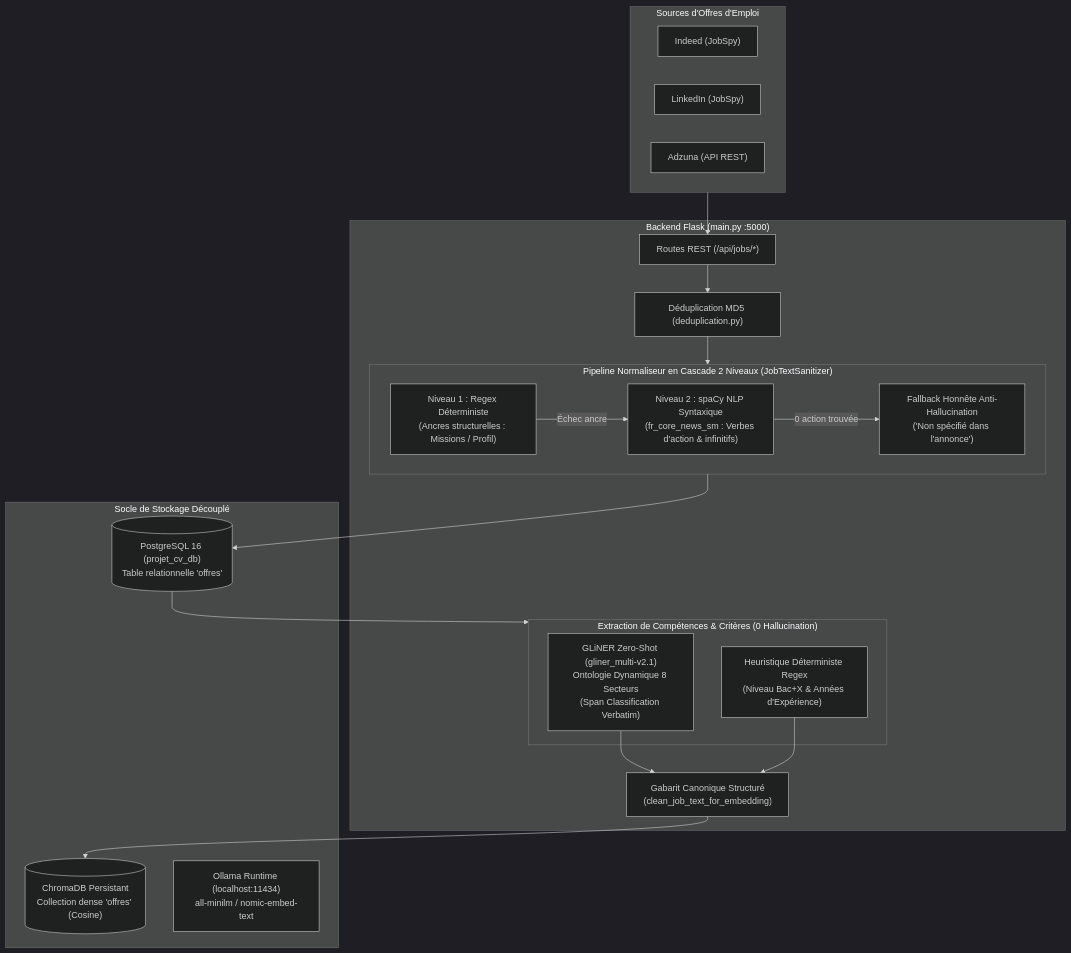
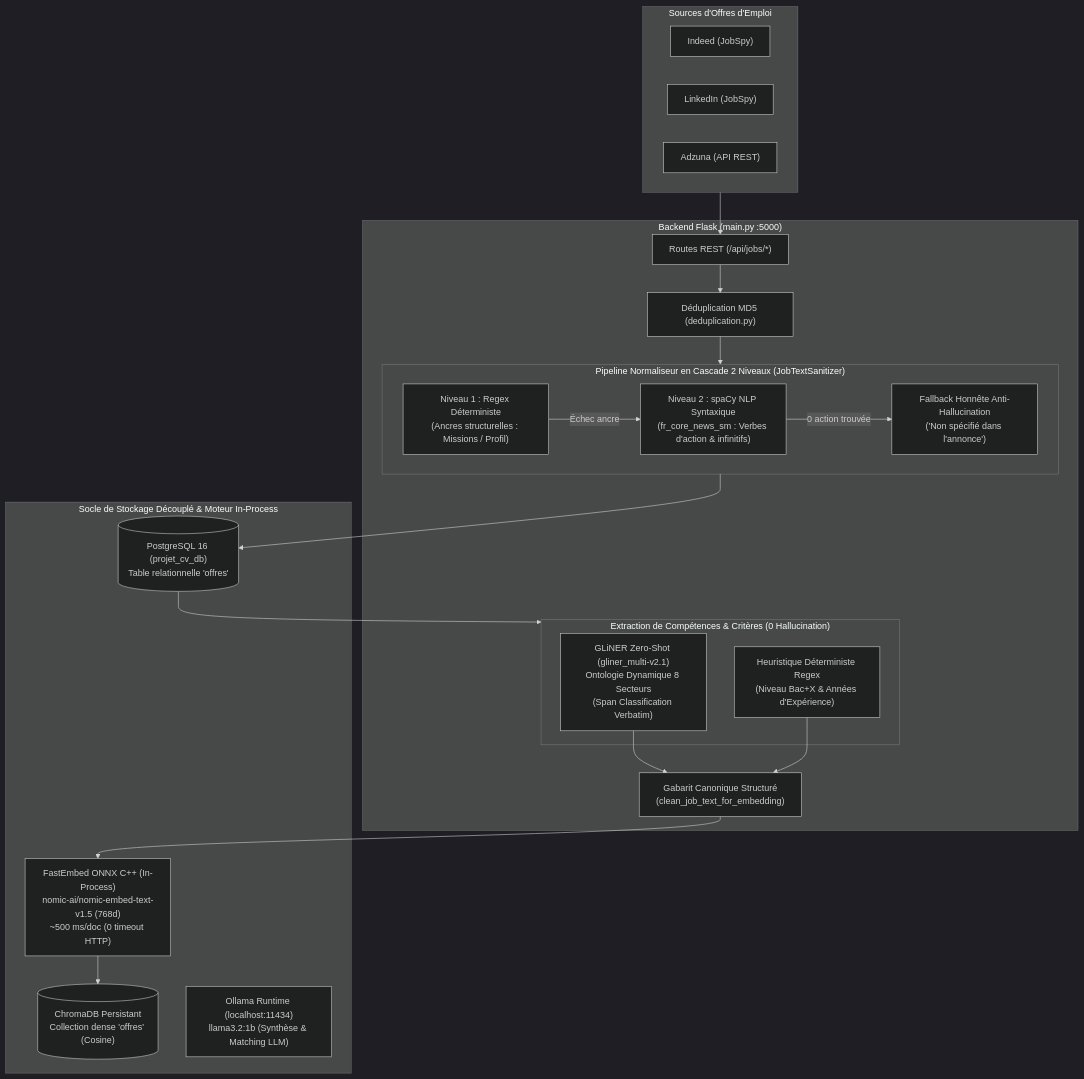
The diagram in README.md (an-Steve/Recommandation-automatis-e-d-offres-d-emploi-par-analyse-s-mantique-de-CV-), drawn with Mermaid (dark theme) before and after one commit. The commit also changed other lines of this file, not shown here.

Commit message:
docs: mise a jour du readme avec architecture fastembed et guide d installation

````diff
--- a/README.md
+++ b/README.md
@@ -17,40 +17,41 @@
 ```mermaid
 flowchart TD
     subgraph SOURCES["Sources d'Offres d'Emploi"]
         IND["Indeed (JobSpy)"]
         LNK["LinkedIn (JobSpy)"]
         ADZ["Adzuna (API REST)"]
     end
 
     subgraph BACKEND["Backend Flask (main.py :5000)"]
         API["Routes REST (/api/jobs/*)"]
         DEDUP["Déduplication MD5 (deduplication.py)"]
         
         subgraph CASCADE["Pipeline Normaliseur en Cascade 2 Niveaux (JobTextSanitizer)"]
             T1["Niveau 1 : Regex Déterministe\n(Ancres structurelles : Missions / Profil)"]
             T2["Niveau 2 : spaCy NLP Syntaxique\n(fr_core_news_sm : Verbes d'action & infinitifs)"]
             FALL["Fallback Honnête Anti-Hallucination\n('Non spécifié dans l'annonce')"]
             T1 -->|Échec ancre| T2 -->|0 action trouvée| FALL
         end
         
         subgraph EXTRACT["Extraction de Compétences & Critères (0 Hallucination)"]
             GLIN["GLiNER Zero-Shot (gliner_multi-v2.1)\nOntologie Dynamique 8 Secteurs\n(Span Classification Verbatim)"]
             HEUR["Heuristique Déterministe Regex\n(Niveau Bac+X & Années d'Expérience)"]
         end
         
         CANON["Gabarit Canonique Structuré\n(clean_job_text_for_embedding)"]
     end
 
-    subgraph STORAGE["Socle de Stockage Découplé"]
+    subgraph STORAGE["Socle de Stockage Découplé & Moteur In-Process"]
         PG[("PostgreSQL 16 (projet_cv_db)\nTable relationnelle 'offres'")]
         CHROMA[("ChromaDB Persistant\nCollection dense 'offres' (Cosine)")]
-        OLLAMA["Ollama Runtime (localhost:11434)\nall-minilm / nomic-embed-text"]
+        FASTEMBED["FastEmbed ONNX C++ (In-Process)\nnomic-ai/nomic-embed-text-v1.5 (768d)\n~500 ms/doc (0 timeout HTTP)"]
+        OLLAMA["Ollama Runtime (localhost:11434)\nllama3.2:1b (Synthèse & Matching LLM)"]
     end
 
     SOURCES --> API
     API --> DEDUP --> CASCADE --> PG
     PG --> EXTRACT
     GLIN --> CANON
     HEUR --> CANON
-    CANON --> CHROMA
+    CANON --> FASTEMBED --> CHROMA
 ```
````
